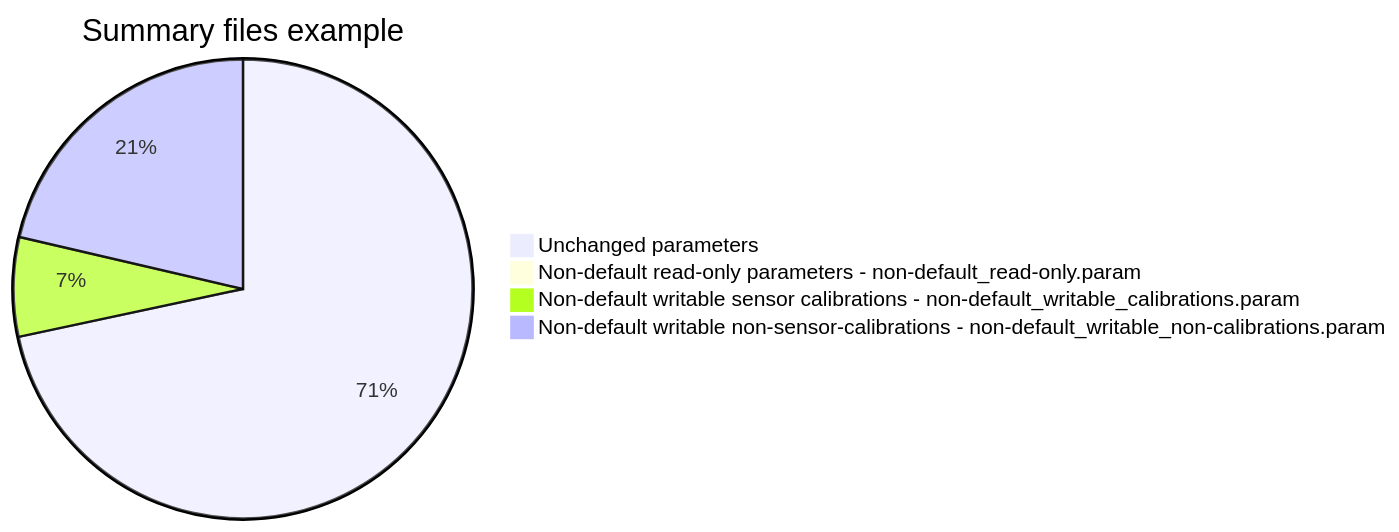
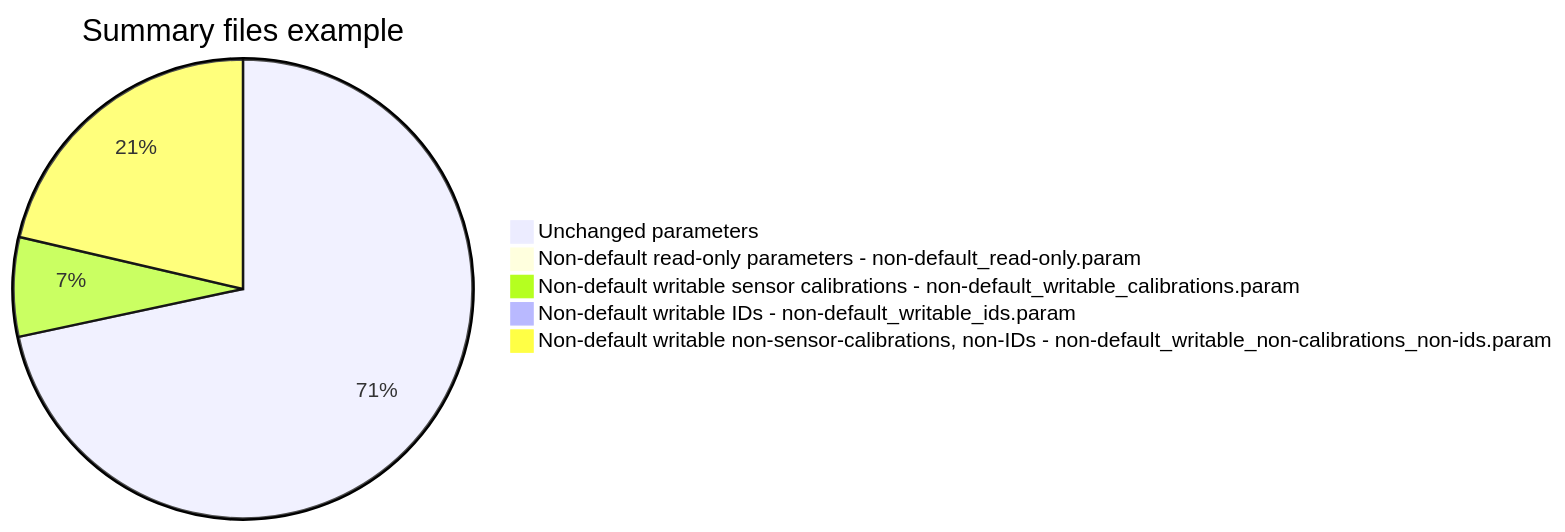
One commit to ArduPilot/MethodicConfigurator changed the second of 2 diagrams in USERMANUAL.md. Above: the diagram before and after it, drawn with Mermaid. The commit also changed other lines of this file and 8 other files, not shown here.

Commit message:
feat(param-editor): split non-default params into IDs + non-IDs categories

````diff
--- a/USERMANUAL.md
+++ b/USERMANUAL.md
@@ -363,7 +363,8 @@
 ```mermaid
 pie title Summary files example
     "Unchanged parameters" : 728
     "Non-default read-only parameters - non-default_read-only.param" : 8
     "Non-default writable sensor calibrations - non-default_writable_calibrations.param" : 71
-    "Non-default writable non-sensor-calibrations - non-default_writable_non-calibrations.param" : 217
+    "Non-default writable IDs - non-default_writable_ids.param" : 3
+    "Non-default writable non-sensor-calibrations, non-IDs - non-default_writable_non-calibrations_non-ids.param" : 217
 ```
````
